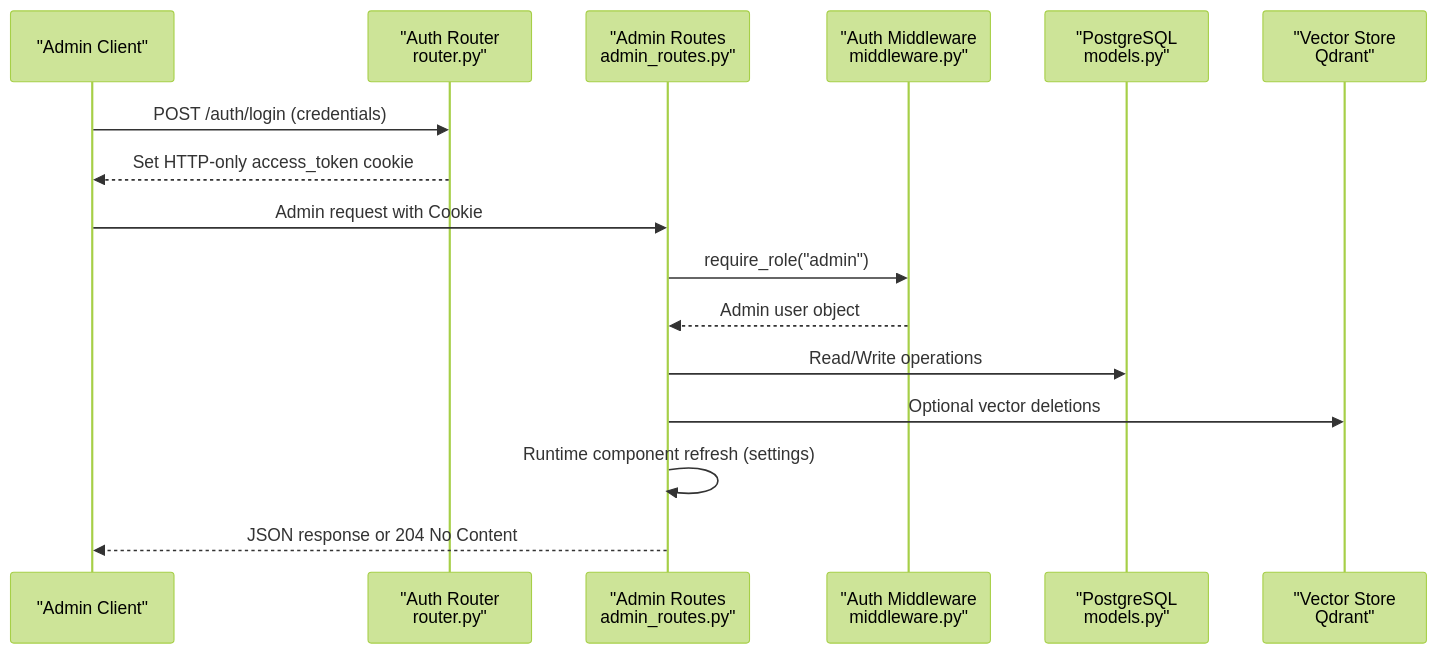
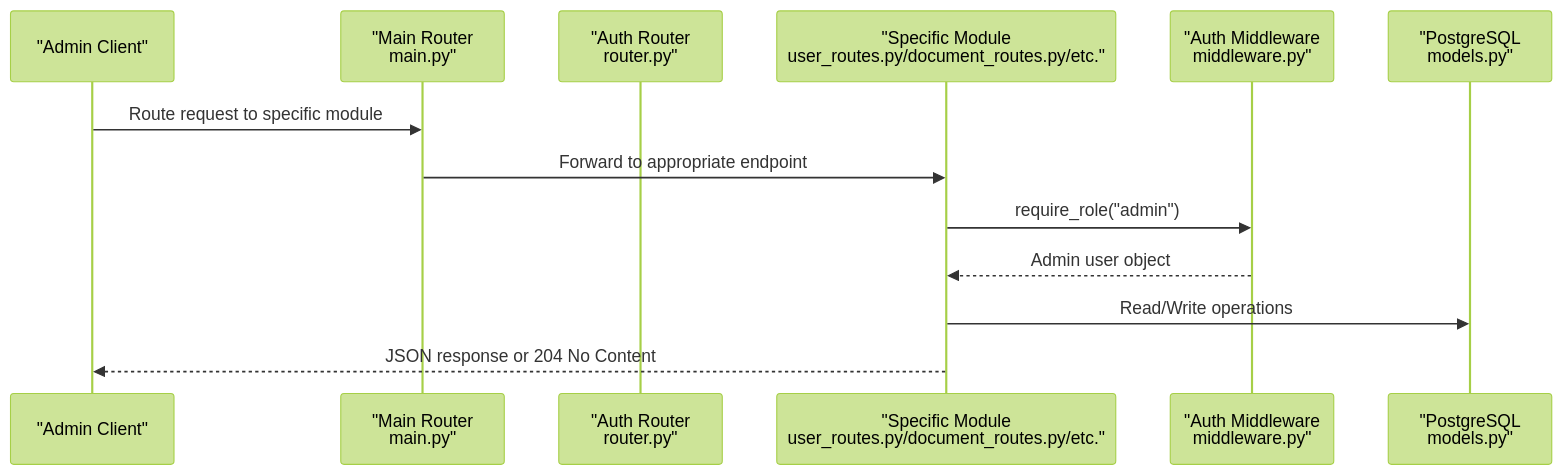
Before and after one commit to genes8/private-ai: the second of 4 diagrams in .qoder/repowiki/en/content/API Reference/Administrative API/Administrative API.md, drawn with Mermaid (forest theme). The commit also changed other lines of this file and 55 other files, not shown here.

````diff
--- a/.qoder/repowiki/en/content/API Reference/Administrative API/Administrative API.md
+++ b/.qoder/repowiki/en/content/API Reference/Administrative API/Administrative API.md
@@ -142,18 +164,15 @@
 ```mermaid
 sequenceDiagram
 participant Client as "Admin Client"
+participant Main as "Main Router<br/>main.py"
 participant Auth as "Auth Router<br/>router.py"
-participant Admin as "Admin Routes<br/>admin_routes.py"
+participant Module as "Specific Module<br/>user_routes.py/document_routes.py/etc."
 participant MW as "Auth Middleware<br/>middleware.py"
 participant DB as "PostgreSQL<br/>models.py"
-participant QD as "Vector Store<br/>Qdrant"
-Client->>Auth : POST /auth/login (credentials)
-Auth-->>Client : Set HTTP-only access_token cookie
-Client->>Admin : Admin request with Cookie
-Admin->>MW : require_role("admin")
-MW-->>Admin : Admin user object
-Admin->>DB : Read/Write operations
-Admin->>QD : Optional vector deletions
-Admin->>Admin : Runtime component refresh (settings)
-Admin-->>Client : JSON response or 204 No Content
+Client->>Main : Route request to specific module
+Main->>Module : Forward to appropriate endpoint
+Module->>MW : require_role("admin")
+MW-->>Module : Admin user object
+Module->>DB : Read/Write operations
+Module-->>Client : JSON response or 204 No Content
 ```
````
